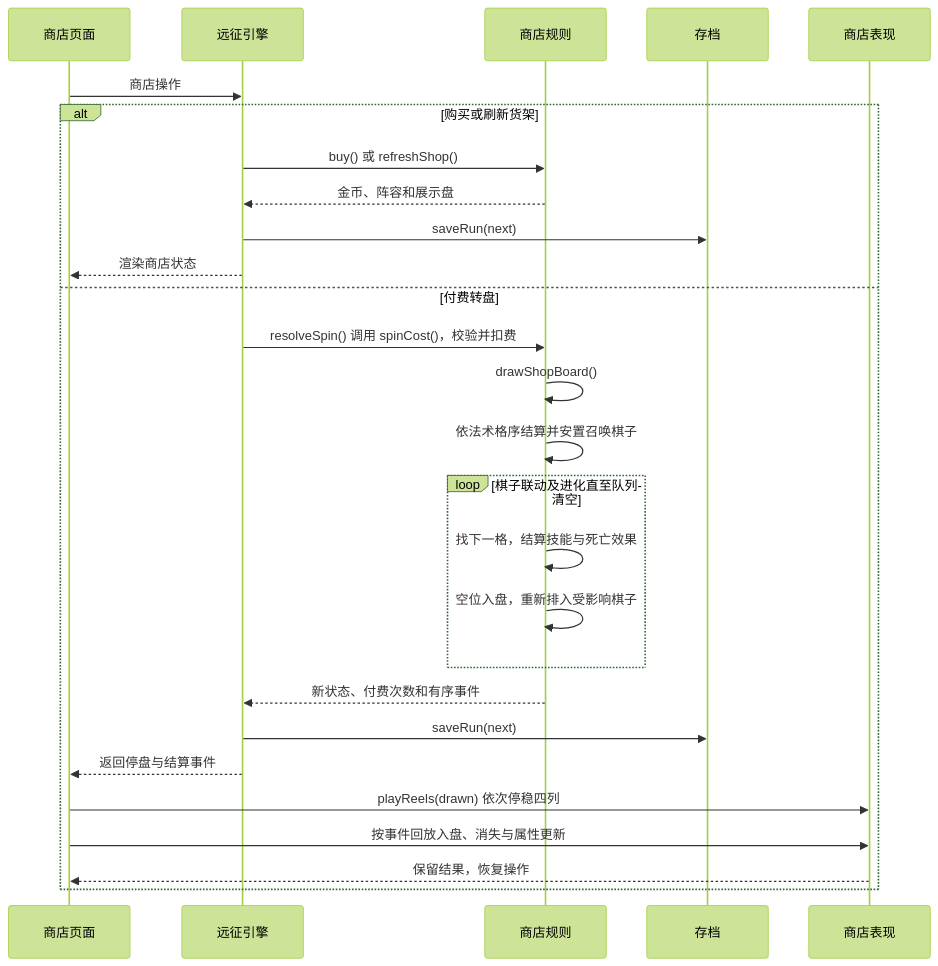
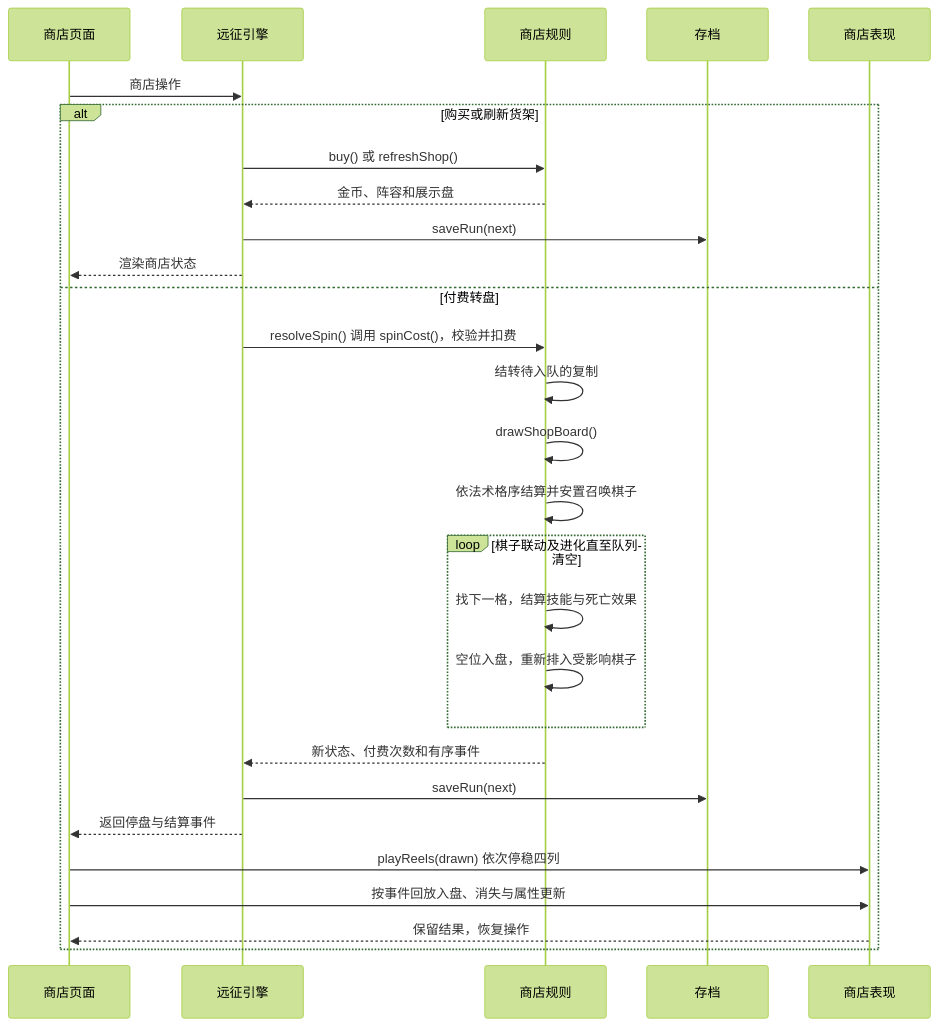
The first of 2 diagrams in docs/ROLLBOUND-商店轮盘改造方案.md (saiqi1999/ROLLBOUND), drawn with Mermaid (forest theme) before and after one commit. The commit also changed other lines of this file and 8 other files, not shown here.

````diff
--- a/docs/ROLLBOUND-商店轮盘改造方案.md
+++ b/docs/ROLLBOUND-商店轮盘改造方案.md
@@ -173,29 +174,30 @@
 ```mermaid
 sequenceDiagram
     participant U as 商店页面
     participant E as 远征引擎
     participant R as 商店规则
     participant S as 存档
     participant P as 商店表现
     U->>E: 商店操作
     alt 购买或刷新货架
         E->>R: buy() 或 refreshShop()
         R-->>E: 金币、阵容和展示盘
         E->>S: saveRun(next)
         E-->>U: 渲染商店状态
     else 付费转盘
         E->>R: resolveSpin() 调用 spinCost()，校验并扣费
+        R->>R: 结转待入队的复制
         R->>R: drawShopBoard()
         R->>R: 依法术格序结算并安置召唤棋子
         loop 棋子联动及进化直至队列清空
             R->>R: 找下一格，结算技能与死亡效果
             R->>R: 空位入盘，重新排入受影响棋子
         end
         R-->>E: 新状态、付费次数和有序事件
         E->>S: saveRun(next)
         E-->>U: 返回停盘与结算事件
         U->>P: playReels(drawn) 依次停稳四列
         U->>P: 按事件回放入盘、消失与属性更新
         P-->>U: 保留结果，恢复操作
     end
 ```
````
